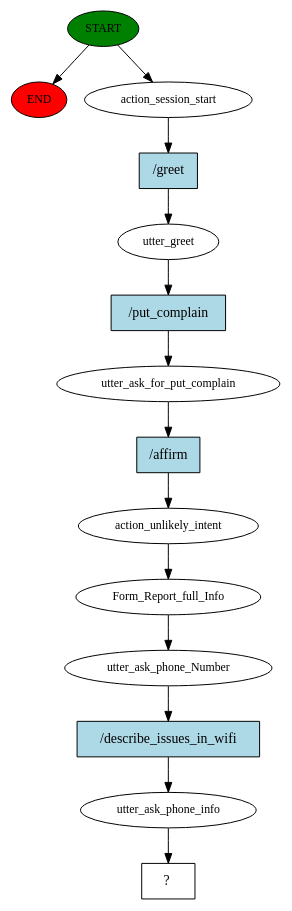
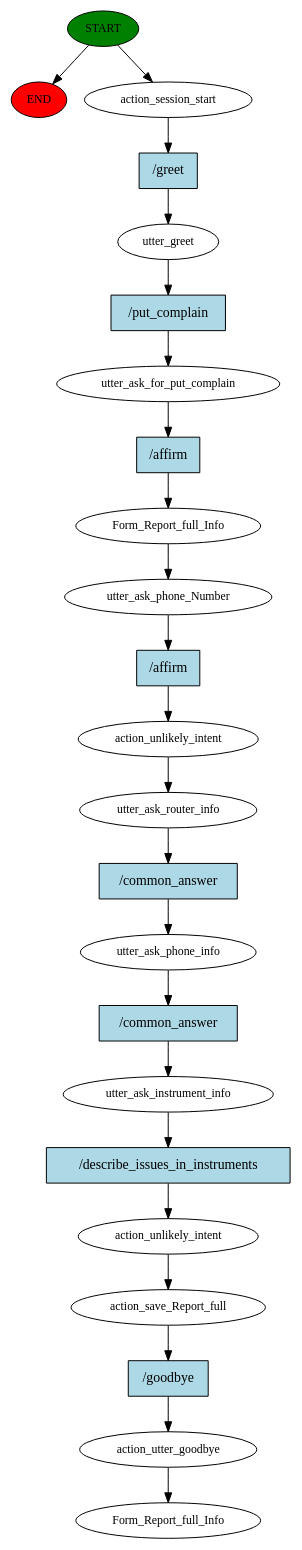
One commit to SewminaFernando/AggroDetect changed the diagram in rasaproject8/story_graph.dot. Above: the diagram before and after it, drawn with Graphviz. The commit also changed 814 other files, not shown here.

```diff
--- a/rasaproject8/story_graph.dot
+++ b/rasaproject8/story_graph.dot
@@ -1,29 +1,47 @@
 digraph  {
 0 [class="start active", fillcolor=green, fontsize=12, label=START, style=filled];
 "-1" [class=end, fillcolor=red, fontsize=12, label=END, style=filled];
 1 [class=active, fontsize=12, label=action_session_start];
 2 [class=active, fontsize=12, label=utter_greet];
 3 [class=active, fontsize=12, label=utter_ask_for_put_complain];
-4 [class=active, fontsize=12, label=action_unlikely_intent];
-5 [class=active, fontsize=12, label=Form_Report_full_Info];
-6 [class=active, fontsize=12, label=utter_ask_phone_Number];
-7 [class=active, fontsize=12, label=utter_ask_phone_info];
-8 [class="intent dashed active", label="  ?  ", shape=rect];
-9 [class="intent active", fillcolor=lightblue, label="/greet", shape=rect, style=filled];
-10 [class="intent active", fillcolor=lightblue, label="/put_complain", shape=rect, style=filled];
-11 [class="intent active", fillcolor=lightblue, label="/affirm", shape=rect, style=filled];
-12 [class="intent active", fillcolor=lightblue, label="/describe_issues_in_wifi", shape=rect, style=filled];
+4 [class=active, fontsize=12, label=Form_Report_full_Info];
+5 [class=active, fontsize=12, label=utter_ask_phone_Number];
+6 [class=active, fontsize=12, label=action_unlikely_intent];
+7 [class=active, fontsize=12, label=utter_ask_router_info];
+8 [class=active, fontsize=12, label=utter_ask_phone_info];
+9 [class=active, fontsize=12, label=utter_ask_instrument_info];
+10 [class=active, fontsize=12, label=action_unlikely_intent];
+11 [class=active, fontsize=12, label=action_save_Report_full];
+12 [class=active, fontsize=12, label=action_utter_goodbye];
+13 [class="dashed active", fontsize=12, label=Form_Report_full_Info];
+14 [class="intent active", fillcolor=lightblue, label="/greet", shape=rect, style=filled];
+15 [class="intent active", fillcolor=lightblue, label="/put_complain", shape=rect, style=filled];
+16 [class="intent active", fillcolor=lightblue, label="/affirm", shape=rect, style=filled];
+17 [class="intent active", fillcolor=lightblue, label="/affirm", shape=rect, style=filled];
+18 [class="intent active", fillcolor=lightblue, label="/common_answer", shape=rect, style=filled];
+19 [class="intent active", fillcolor=lightblue, label="/common_answer", shape=rect, style=filled];
+20 [class="intent active", fillcolor=lightblue, label="/describe_issues_in_instruments", shape=rect, style=filled];
+21 [class="intent active", fillcolor=lightblue, label="/goodbye", shape=rect, style=filled];
 0 -> "-1"  [class="", key=NONE, label=""];
 0 -> 1  [class=active, key=NONE, label=""];
-1 -> 9  [class=active, key=0];
-2 -> 10  [class=active, key=0];
-3 -> 11  [class=active, key=0];
+1 -> 14  [class=active, key=0];
+2 -> 15  [class=active, key=0];
+3 -> 16  [class=active, key=0];
 4 -> 5  [class=active, key=NONE, label=""];
-5 -> 6  [class=active, key=NONE, label=""];
-6 -> 12  [class=active, key=0];
-7 -> 8  [class=active, key=NONE, label=""];
-9 -> 2  [class=active, key=0];
-10 -> 3  [class=active, key=0];
-11 -> 4  [class=active, key=0];
-12 -> 7  [class=active, key=0];
+5 -> 17  [class=active, key=0];
+6 -> 7  [class=active, key=NONE, label=""];
+7 -> 18  [class=active, key=0];
+8 -> 19  [class=active, key=0];
+9 -> 20  [class=active, key=0];
+10 -> 11  [class=active, key=NONE, label=""];
+11 -> 21  [class=active, key=0];
+12 -> 13  [class=active, key=NONE, label=""];
+14 -> 2  [class=active, key=0];
+15 -> 3  [class=active, key=0];
+16 -> 4  [class=active, key=0];
+17 -> 6  [class=active, key=0];
+18 -> 8  [class=active, key=0];
+19 -> 9  [class=active, key=0];
+20 -> 10  [class=active, key=0];
+21 -> 12  [class=active, key=0];
 }
```
